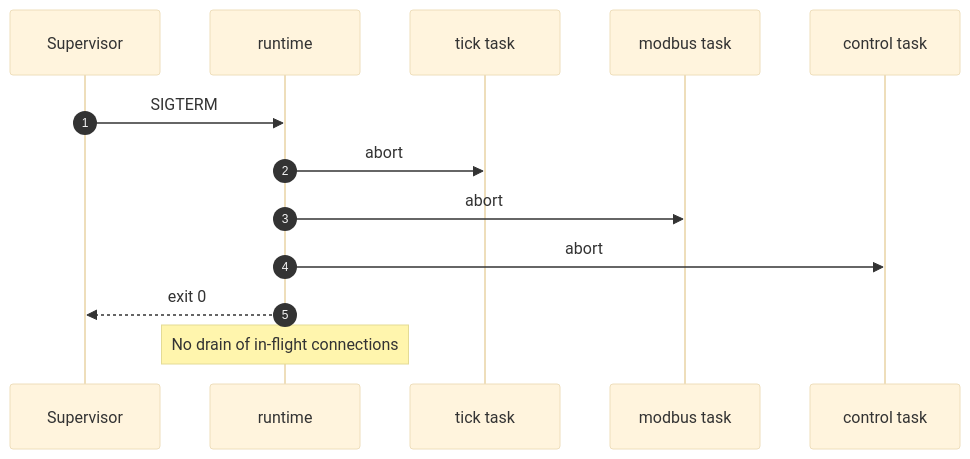
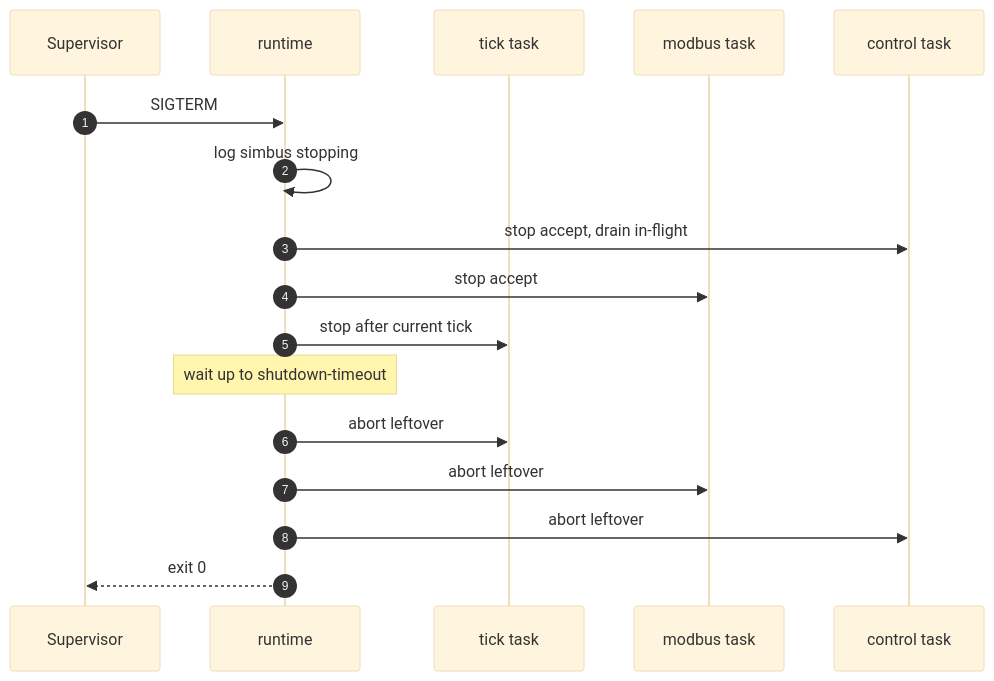
The second of 2 diagrams in docs/runtime.md (obsidia-systems/simbus), drawn with Mermaid (base theme) before and after one commit. The commit also changed other lines of this file and 21 other files, not shown here.

````diff
--- a/docs/runtime.md
+++ b/docs/runtime.md
@@ -161,15 +190,19 @@
 ```mermaid
 sequenceDiagram
     autonumber
     participant OS as Supervisor
     participant RT as runtime
     participant T as tick task
     participant MB as modbus task
     participant HTTP as control task
     OS->>RT: SIGTERM
-    RT->>T: abort
-    RT->>MB: abort
-    RT->>HTTP: abort
+    RT->>RT: log simbus stopping
+    RT->>HTTP: stop accept, drain in-flight
+    RT->>MB: stop accept
+    RT->>T: stop after current tick
+    Note over RT: wait up to shutdown-timeout
+    RT->>T: abort leftover
+    RT->>MB: abort leftover
+    RT->>HTTP: abort leftover
     RT-->>OS: exit 0
-    Note over RT: No drain of in-flight connections
 ```
````
